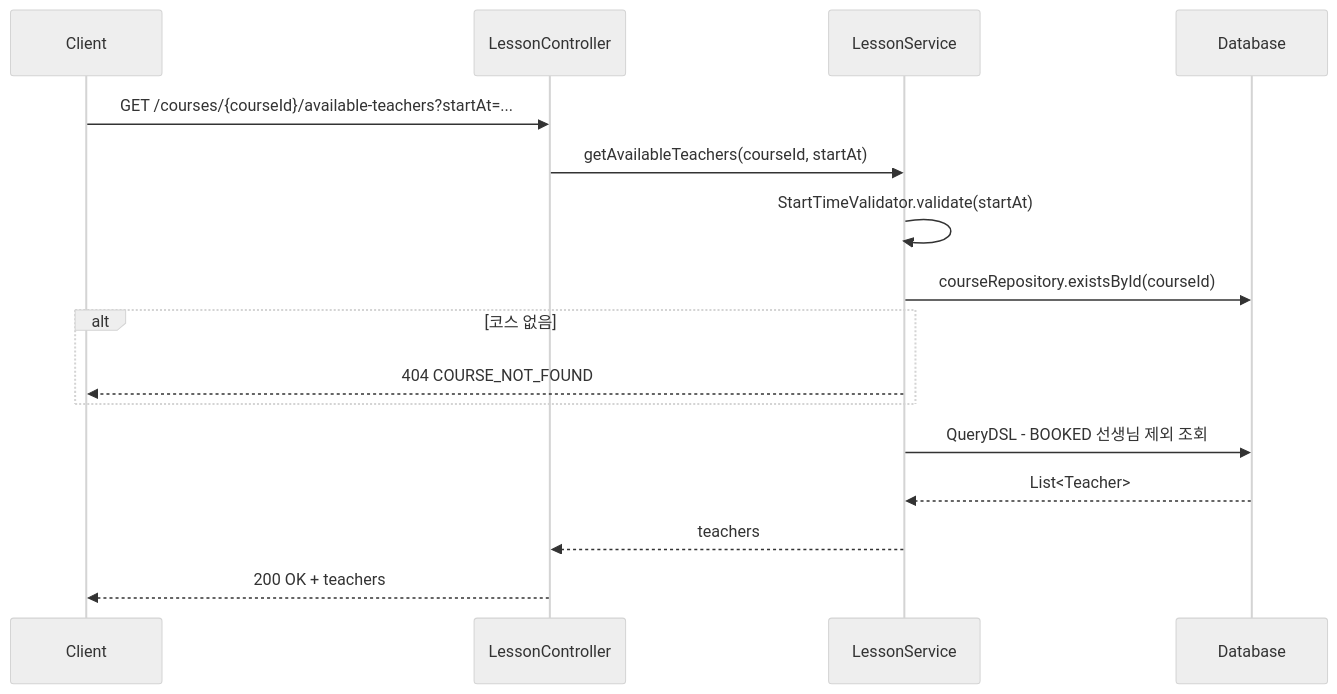
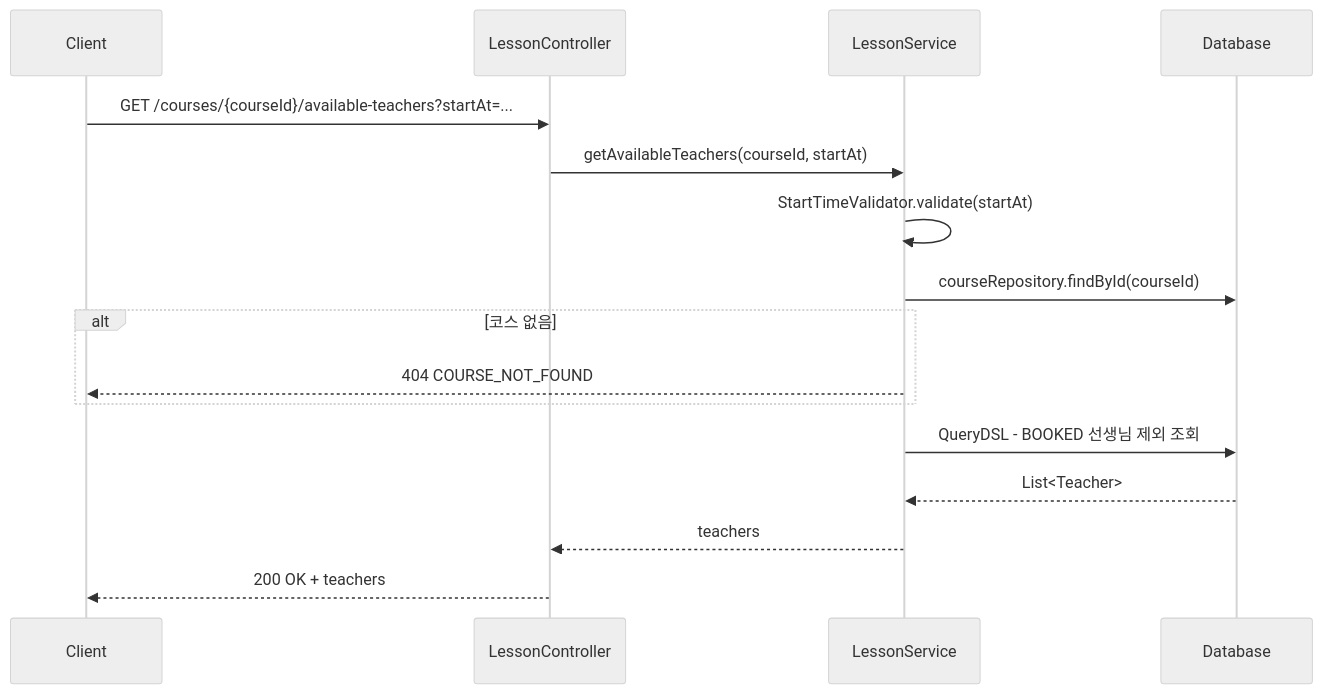
Before and after one commit to decaf-latte/langdy-backend: the first of 2 diagrams in README.md, drawn with Mermaid (neutral theme). The commit also changed other lines of this file and 5 other files, not shown here.

````diff
--- a/README.md
+++ b/README.md
@@ -156,19 +156,19 @@
 ```mermaid
 sequenceDiagram
     participant C as Client
     participant S as LessonController
     participant SV as LessonService
     participant DB as Database
 
     C->>S: GET /courses/{courseId}/available-teachers?startAt=...
     S->>SV: getAvailableTeachers(courseId, startAt)
     SV->>SV: StartTimeValidator.validate(startAt)
-    SV->>DB: courseRepository.existsById(courseId)
+    SV->>DB: courseRepository.findById(courseId)
     alt 코스 없음
         SV-->>C: 404 COURSE_NOT_FOUND
     end
     SV->>DB: QueryDSL - BOOKED 선생님 제외 조회
     DB-->>SV: List<Teacher>
     SV-->>S: teachers
     S-->>C: 200 OK + teachers
 ```
````
